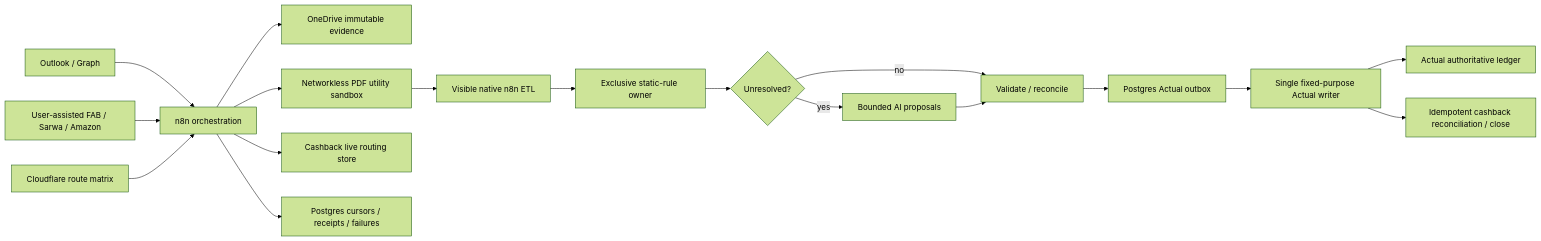
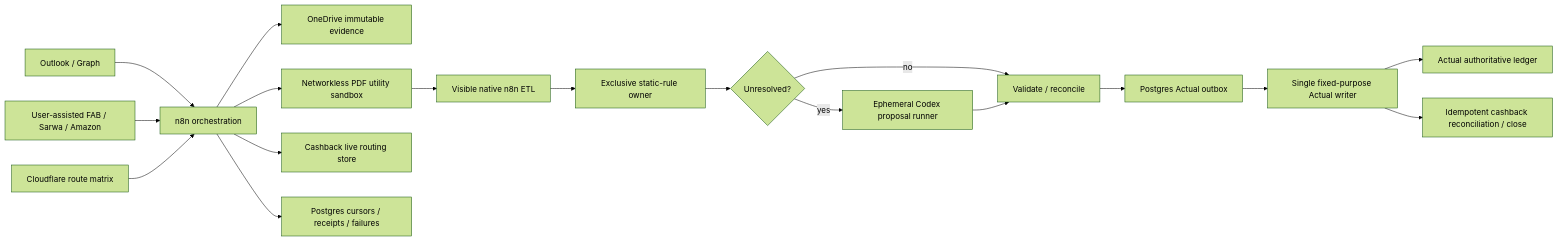
One commit to srobroek/finance-statement-tracker changed the diagram in docs/end-to-end-project-plan-2026-08-19.md. Above: the diagram before and after it, drawn with Mermaid (forest theme). The commit also changed other lines of this file and 115 other files, not shown here.

````diff
--- a/docs/end-to-end-project-plan-2026-08-19.md
+++ b/docs/end-to-end-project-plan-2026-08-19.md
@@ -83,20 +92,20 @@
 ```mermaid
 flowchart LR
     O["Outlook / Graph"] --> N["n8n orchestration"]
     B["User-assisted FAB / Sarwa / Amazon"] --> N
     N --> OD["OneDrive immutable evidence"]
     N --> PDF["Networkless PDF utility sandbox"]
     PDF --> ETL["Visible native n8n ETL"]
     ETL --> RULES["Exclusive static-rule owner"]
     RULES --> AI{"Unresolved?"}
-    AI -->|"yes"| MODEL["Bounded AI proposals"]
+    AI -->|"yes"| MODEL["Ephemeral Codex proposal runner"]
     AI -->|"no"| VALIDATE["Validate / reconcile"]
     MODEL --> VALIDATE
     VALIDATE --> OUTBOX["Postgres Actual outbox"]
     OUTBOX --> WRITER["Single fixed-purpose Actual writer"]
     WRITER --> ACTUAL["Actual authoritative ledger"]
     N --> CASH["Cashback live routing store"]
     WRITER --> CLOSE["Idempotent cashback reconciliation / close"]
     N --> PG["Postgres cursors / receipts / failures"]
     CF["Cloudflare route matrix"] --> N
 ```
````
